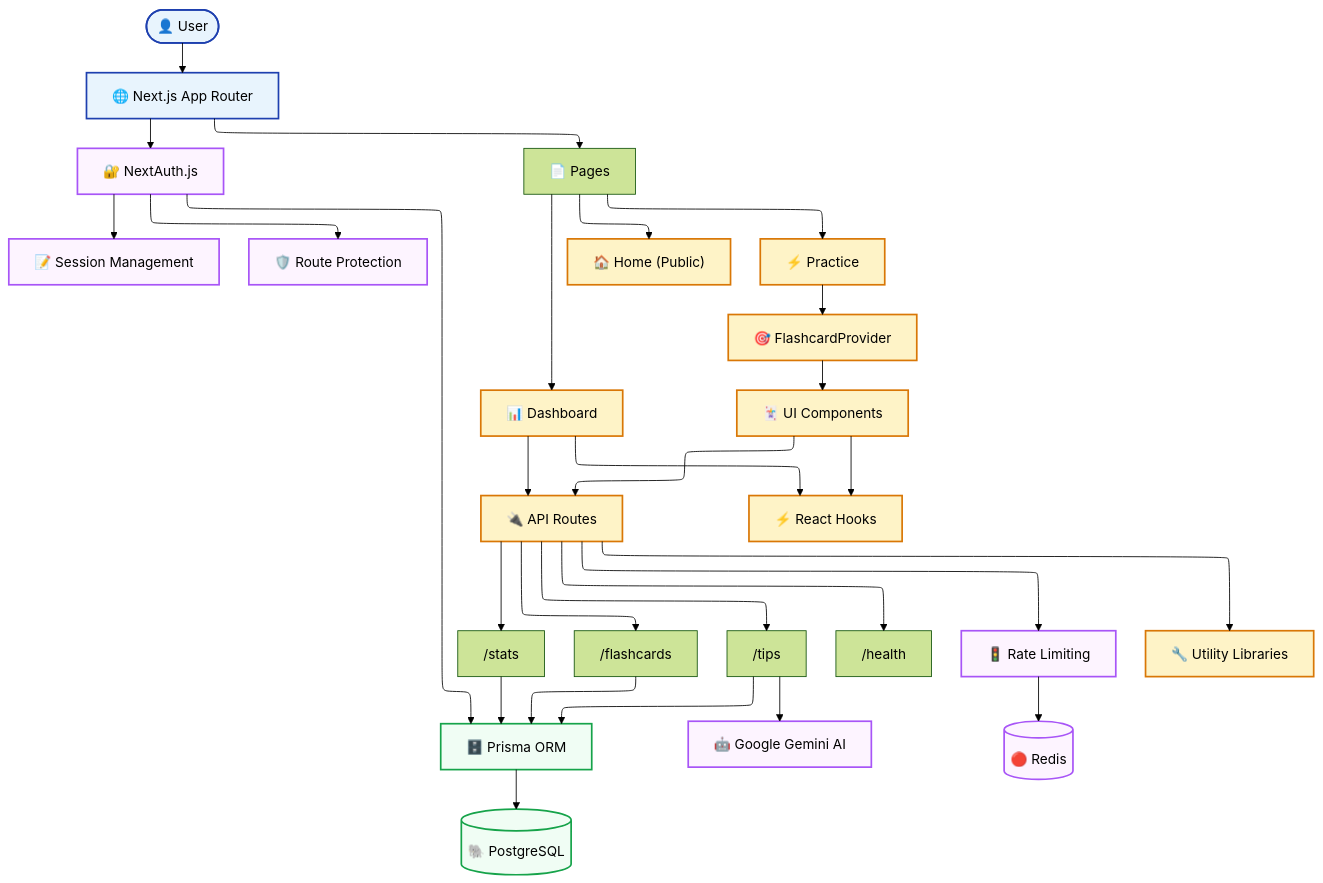
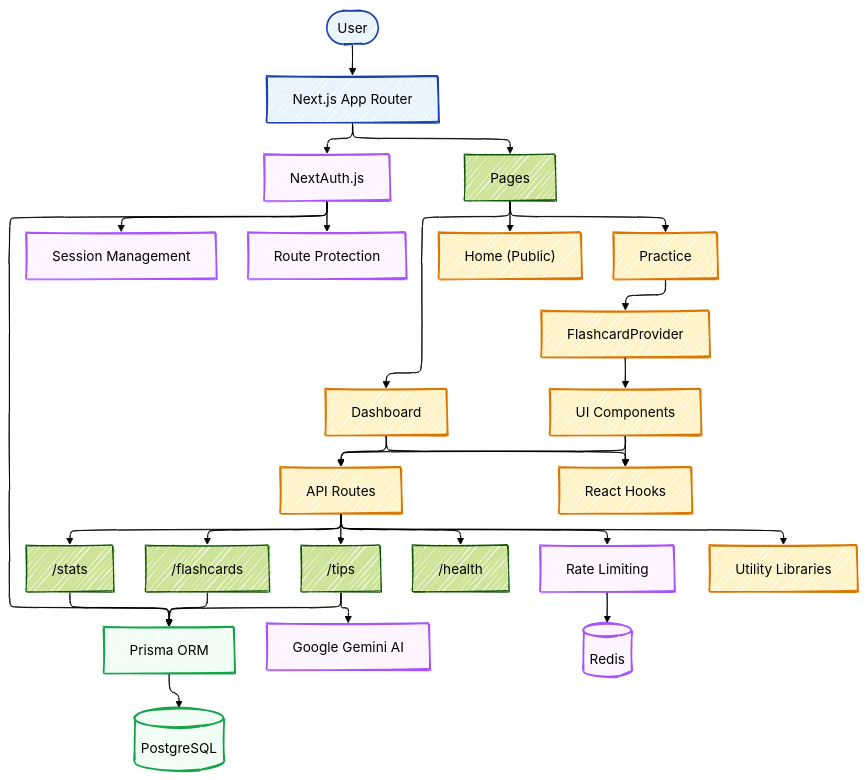
The diagram in docs/mermaid/system.mmd (sakan811/SakuMari), drawn with Mermaid before and after one commit. The commit also changed 14 other files, not shown here.

First line of the commit message:
docs: update architecture diagrams and package dependencies

```diff
--- a/docs/mermaid/system.mmd
+++ b/docs/mermaid/system.mmd
@@ -1,55 +1,59 @@
 ---
 config:
   theme: 'forest'
-  defaultRenderer: "elk"
+  look: handDrawn
+  displayMode: compact
   layout: elk
+  elk:
+    mergeEdges: true
+    nodePlacementStrategy: LINEAR_SEGMENTS
 ---
 flowchart TD
-    User([👤 User]) --> Browser["🌐 Next.js App Router"]
+    User([User]) --> Browser["Next.js App Router"]
 
-    Browser --> Auth["🔐 NextAuth.js"]
-    Auth --> Session["📝 Session Management"]
-    Auth --> Proxy["🛡️ Route Protection"]
+    Browser --> Auth["NextAuth.js"]
+    Auth --> Session["Session Management"]
+    Auth --> Proxy["Route Protection"]
 
-    Browser --> Pages["📄 Pages"]
-    Pages --> Home["🏠 Home (Public)"]
-    Pages --> Practice["⚡ Practice"]
-    Pages --> Dashboard["📊 Dashboard"]
+    Browser --> Pages["Pages"]
+    Pages --> Home["Home (Public)"]
+    Pages --> Practice["Practice"]
+    Pages --> Dashboard["Dashboard"]
 
-    Practice --> Provider["🎯 FlashcardProvider"]
-    Provider --> Components["🃏 UI Components"]
+    Practice --> Provider["FlashcardProvider"]
+    Provider --> Components["UI Components"]
 
-    Components --> API["🔌 API Routes"]
+    Components --> API["API Routes"]
     Dashboard --> API
 
     API --> Stats["/stats"]
     API --> Submit["/flashcards"]
     API --> Tips["/tips"]
     API --> Health["/health"]
 
-    Stats --> Prisma["🗄️ Prisma ORM"]
+    Stats --> Prisma["Prisma ORM"]
     Submit --> Prisma
     Tips --> Prisma
     Auth --> Prisma
-    Prisma --> DB[(🐘 PostgreSQL)]
+    Prisma --> DB[(PostgreSQL)]
 
-    Tips --> Gemini["🤖 Google Gemini AI"]
+    Tips --> Gemini["Google Gemini AI"]
 
-    Components --> Hooks["⚡ React Hooks"]
+    Components --> Hooks["React Hooks"]
     Dashboard --> Hooks
 
-    API --> RateLimit["🚦 Rate Limiting"]
-    API --> Utils["🔧 Utility Libraries"]
+    API --> RateLimit["Rate Limiting"]
+    API --> Utils["Utility Libraries"]
 
-    RateLimit --> Redis[(🔴 Redis)]
+    RateLimit --> Redis[(Redis)]
 
     classDef userLayer fill:#e8f4fd,stroke:#1e40af,stroke-width:2px
     classDef appLayer fill:#fef3c7,stroke:#d97706,stroke-width:2px
     classDef dataLayer fill:#f0fdf4,stroke:#16a34a,stroke-width:2px
     classDef aiLayer fill:#fdf4ff,stroke:#a855f7,stroke-width:2px
     classDef infraLayer fill:#fefce8,stroke:#eab308,stroke-width:2px
 
     class User,Browser userLayer
     class Home,Practice,Dashboard,Provider,Components,API,Hooks,Utils appLayer
     class Prisma,DB dataLayer
     class Auth,Session,Gemini,Proxy,RateLimit,Redis aiLayer
```
